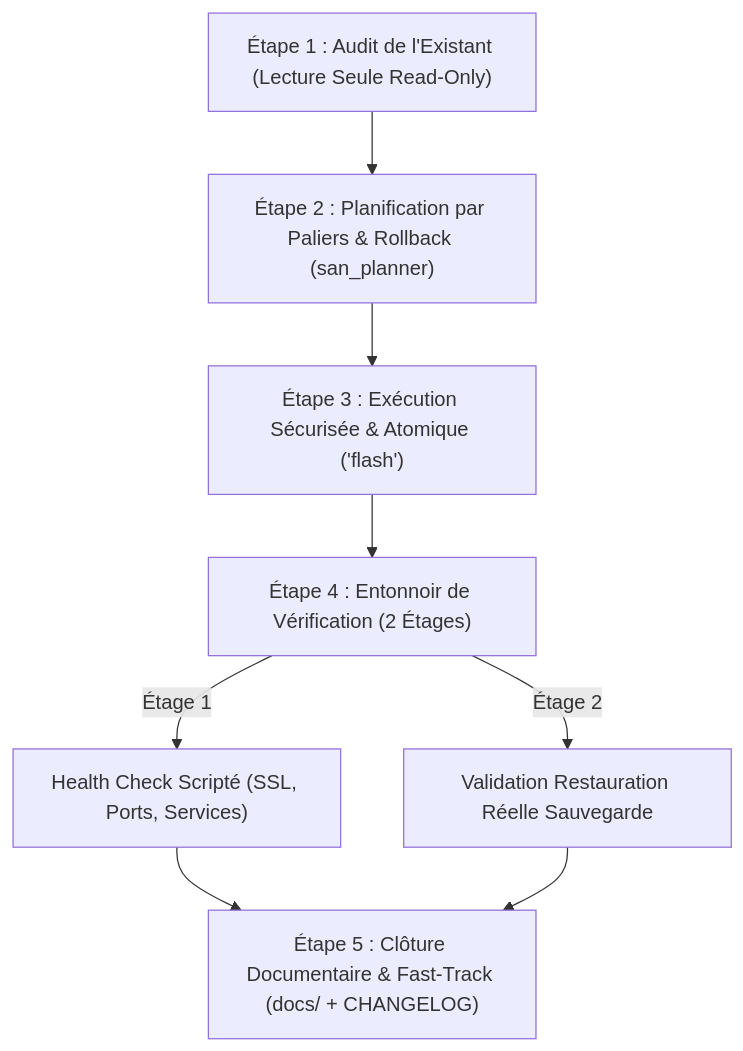
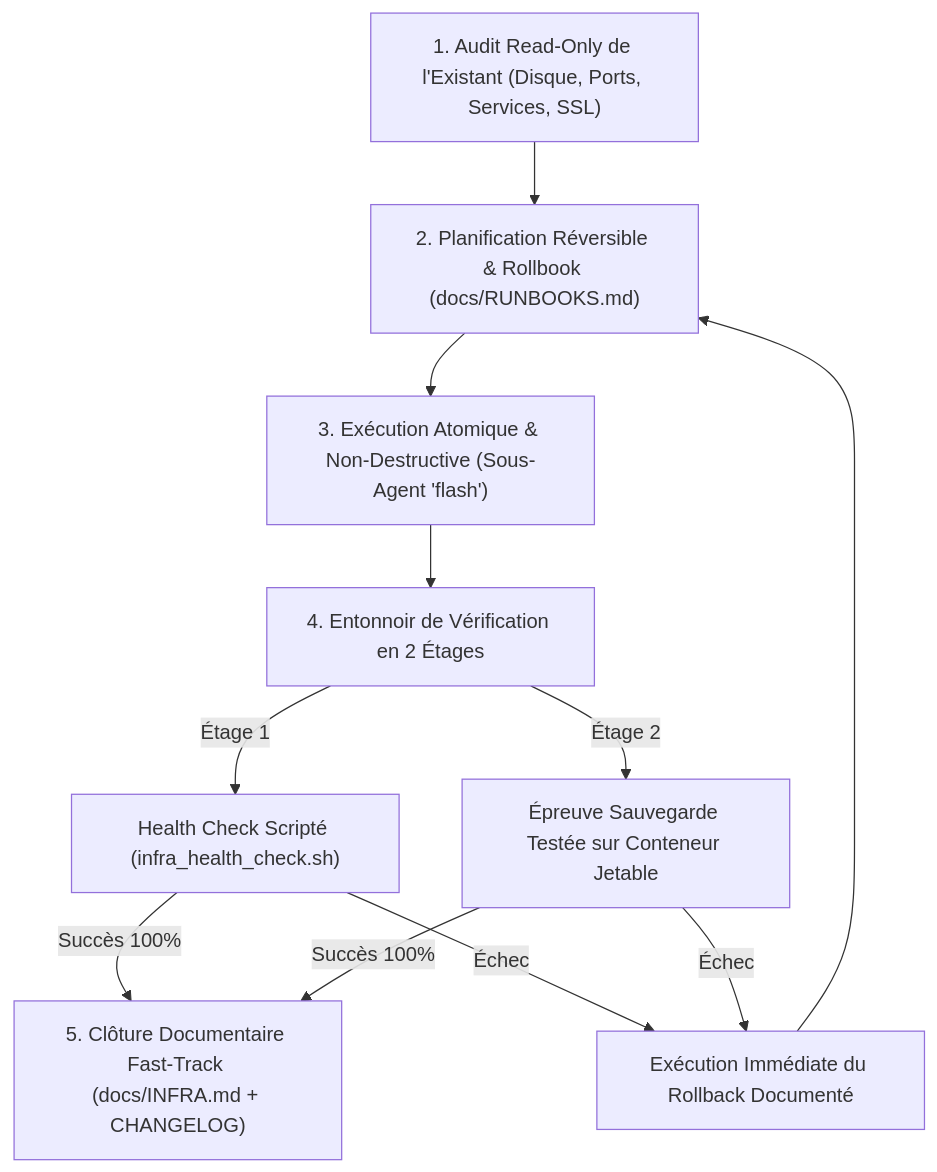
One commit to alexsan-dev/san_agy_framework changed the first of 3 diagrams in skills/san_devops_expert.md. Above: the diagram before and after it, drawn with Mermaid. The commit also changed other lines of this file and 41 other files, not shown here.

Commit message:
feat(phase3): packaging and automated testing of onboarding & scoping core (san_init, san_brainstorming, san_planner)

````diff
--- a/skills/san_devops_expert.md
+++ b/skills/san_devops_expert.md
@@ -140,9 +116,11 @@
 ```mermaid
 flowchart TD
-    A["Étape 1 : Audit de l'Existant (Lecture Seule Read-Only)"] --> B["Étape 2 : Planification par Paliers & Rollback (san_planner)"]
-    B --> C["Étape 3 : Exécution Sécurisée & Atomique ('flash')"]
-    C --> D["Étape 4 : Entonnoir de Vérification (2 Étages)"]
-    D -->|Étage 1| E["Health Check Scripté (SSL, Ports, Services)"]
-    D -->|Étage 2| F["Validation Restauration Réelle Sauvegarde"]
-    E & F --> G["Étape 5 : Clôture Documentaire & Fast-Track (docs/ + CHANGELOG)"]
+    A["1. Audit Read-Only de l'Existant (Disque, Ports, Services, SSL)"] --> B["2. Planification Réversible & Rollbook (docs/RUNBOOKS.md)"]
+    B --> C["3. Exécution Atomique & Non-Destructive (Sous-Agent 'flash')"]
+    C --> D["4. Entonnoir de Vérification en 2 Étages"]
+    D -->|Étage 1| E["Health Check Scripté (infra_health_check.sh)"]
+    D -->|Étage 2| F["Épreuve Sauvegarde Testée sur Conteneur Jetable"]
+    E & F -->|Succès 100%| G["5. Clôture Documentaire Fast-Track (docs/INFRA.md + CHANGELOG)"]
+    E & F -->|Échec| H["Exécution Immédiate du Rollback Documenté"]
+    H --> B
 ```
````
